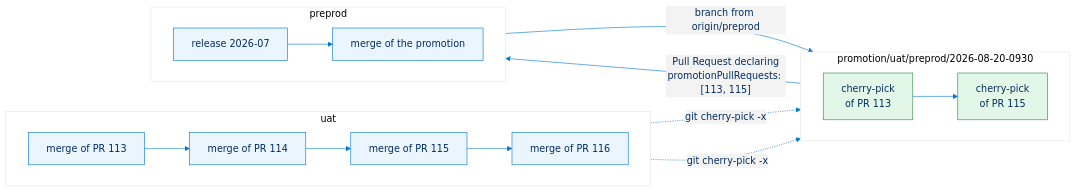
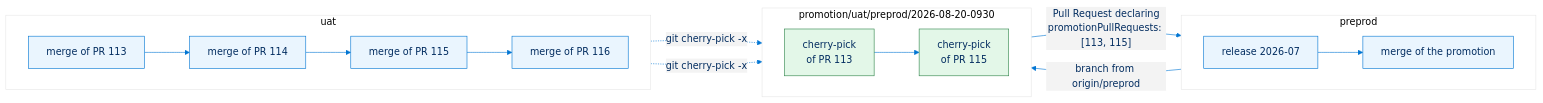
The second of 3 diagrams in docs/salesforce-ci-cd-promotion-branches.md (hardisgroupcom/sfdx-hardis), drawn with Mermaid before and after one commit. The commit also changed other lines of this file, not shown here.

First line of the commit message:
fix(doc): lay out the promotion diagrams the way they read

````diff
--- a/docs/salesforce-ci-cd-promotion-branches.md
+++ b/docs/salesforce-ci-cd-promotion-branches.md
@@ -58,22 +57,24 @@
 ```mermaid
 %%{init: {"theme": "base", "themeVariables": {"primaryColor": "#eaf5fe", "primaryTextColor": "#032d60", "primaryBorderColor": "#0176d3", "lineColor": "#0176d3", "secondaryColor": "#f3f3f3", "tertiaryColor": "#ffffff", "fontFamily": "Salesforce Sans, Arial, sans-serif"}}}%%
 flowchart LR
-    subgraph UAT_BRANCH["uat"]
+    %% Lanes are stacked in reverse declaration order, so preprod is declared
+    %% first to draw uat on top, the promotion under it and preprod at the bottom
+    subgraph PREPROD_BRANCH["preprod"]
         direction LR
-        M113["merge of PR 113"] --> M114["merge of PR 114"] --> M115["merge of PR 115"] --> M116["merge of PR 116"]
+        P0["release 2026-07"] --> PROMOTION_MERGE["merge of the promotion"]
     end
     subgraph PROMOTION_BRANCH["promotion/uat/preprod/2026-08-20-0930"]
         direction LR
         C113["cherry-pick<br/>of PR 113"] --> C115["cherry-pick<br/>of PR 115"]
     end
-    subgraph PREPROD_BRANCH["preprod"]
+    subgraph UAT_BRANCH["uat"]
         direction LR
-        P0["release 2026-07"] --> PROMOTION_MERGE["merge of the promotion"]
+        M113["merge of PR 113"] --> M114["merge of PR 114"] --> M115["merge of PR 115"] --> M116["merge of PR 116"]
     end
     P0 -->|"branch from origin/preprod"| C113
     M113 -.->|"git cherry-pick -x"| C113
     M115 -.->|"git cherry-pick -x"| C115
     C115 -->|"Pull Request declaring<br/>promotionPullRequests: [113, 115]"| PROMOTION_MERGE
     style C113 fill:#e3f7e8,stroke:#2e844a
     style C115 fill:#e3f7e8,stroke:#2e844a
 ```
````
